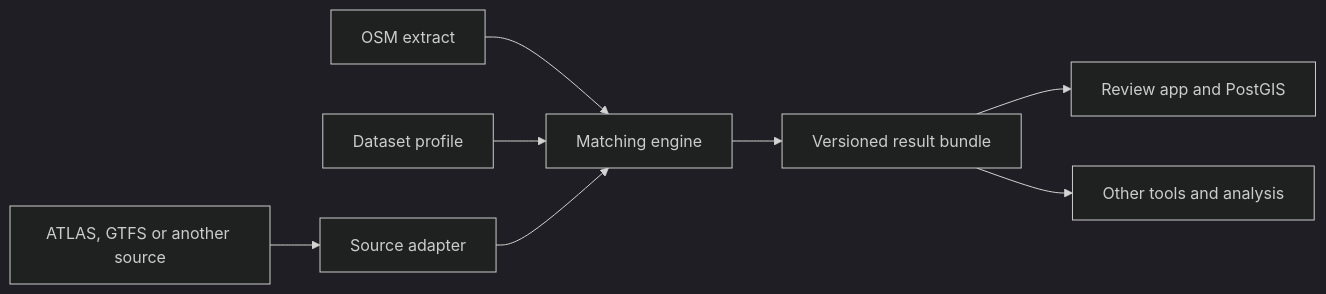
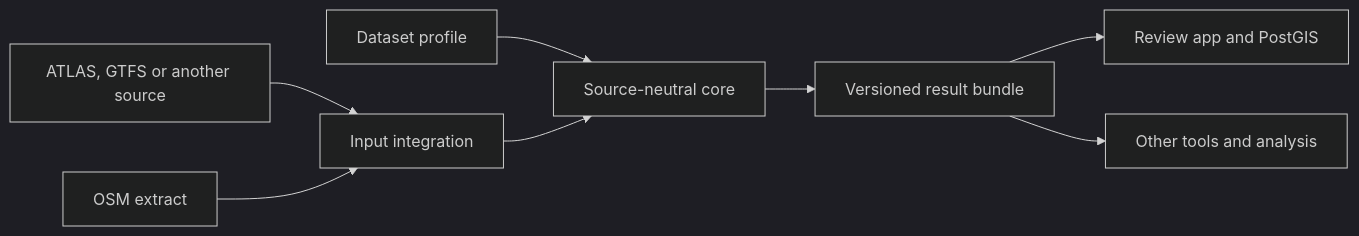
The diagram in README.md (openTdataCH/stop_sync_osm_atlas), drawn with Mermaid (dark theme) before and after one commit. The commit also changed other lines of this file and 38 other files, not shown here.

First line of the commit message:
Refactor GTFS and OSM route processing

````diff
--- a/README.md
+++ b/README.md
@@ -12,10 +12,10 @@
 ```mermaid
 flowchart LR
-    S[ATLAS, GTFS or another source] --> A[Source adapter]
-    O[OSM extract] --> E[Matching engine]
-    P[Dataset profile] --> E
+    S[ATLAS, GTFS or another source] --> A[Input integration]
+    O[OSM extract] --> A
+    P[Dataset profile] --> E[Source-neutral core]
     A --> E
     E --> B[Versioned result bundle]
     B --> W[Review app and PostGIS]
     B --> X[Other tools and analysis]
 ```
````
